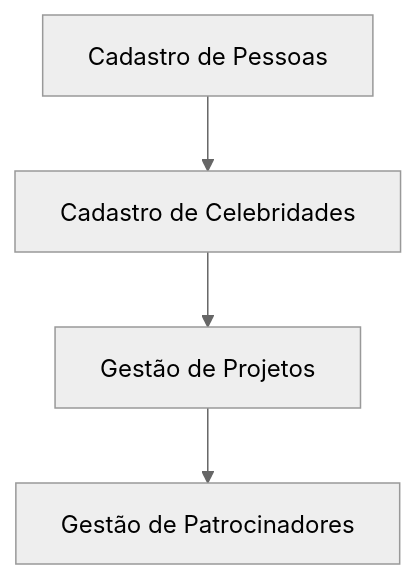
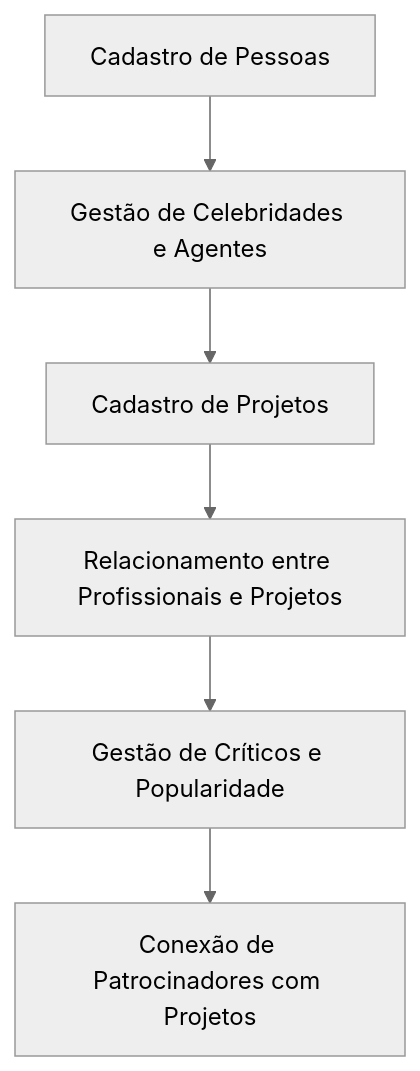
The second of 2 diagrams in HollywoodDB/README.md (kfrural/BD), drawn with Mermaid (neutral theme) before and after one commit. The commit also changed other lines of this file, not shown here.

````diff
--- a/HollywoodDB/README.md
+++ b/HollywoodDB/README.md
@@ -160,6 +327,10 @@
 ```mermaid
 graph TD;
-    A[Cadastro de Pessoas] --> B[Cadastro de Celebridades];
-    B --> C[Gestão de Projetos];
-    C --> D[Gestão de Patrocinadores];
+    A[Cadastro de Pessoas] --> B[Gestão de Celebridades e Agentes];
+    B --> C[Cadastro de Projetos];
+
+
+    C --> D[Relacionamento entre Profissionais e Projetos];
+    D --> E[Gestão de Críticos e Popularidade];
+    E --> F[Conexão de Patrocinadores com Projetos];
 ```
````
